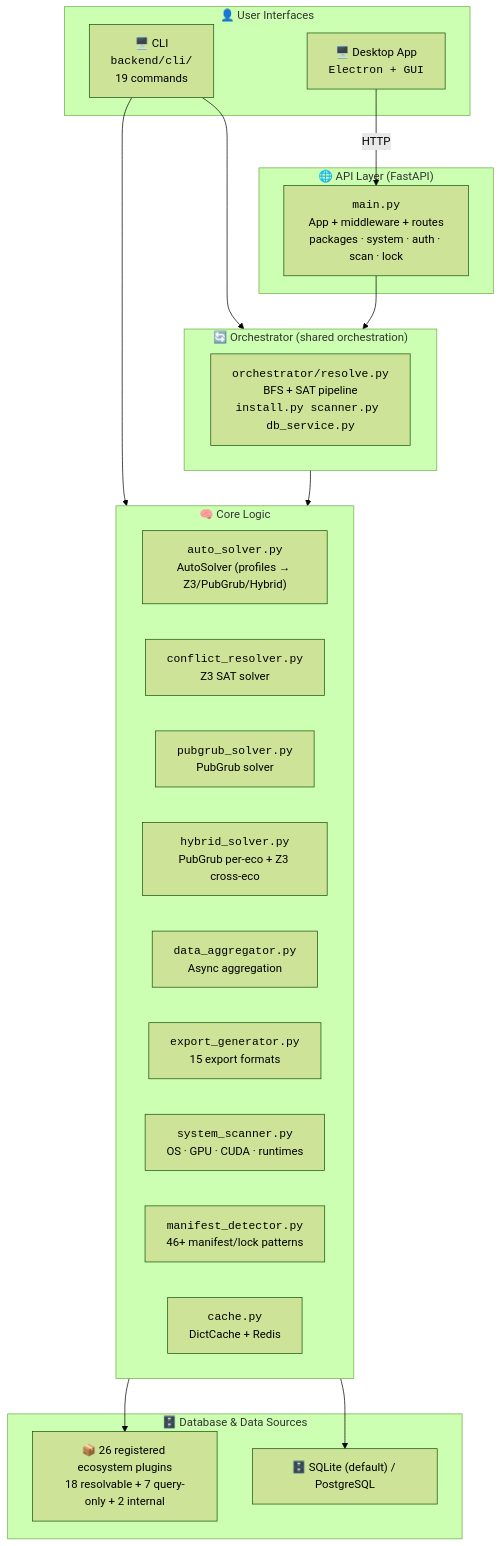
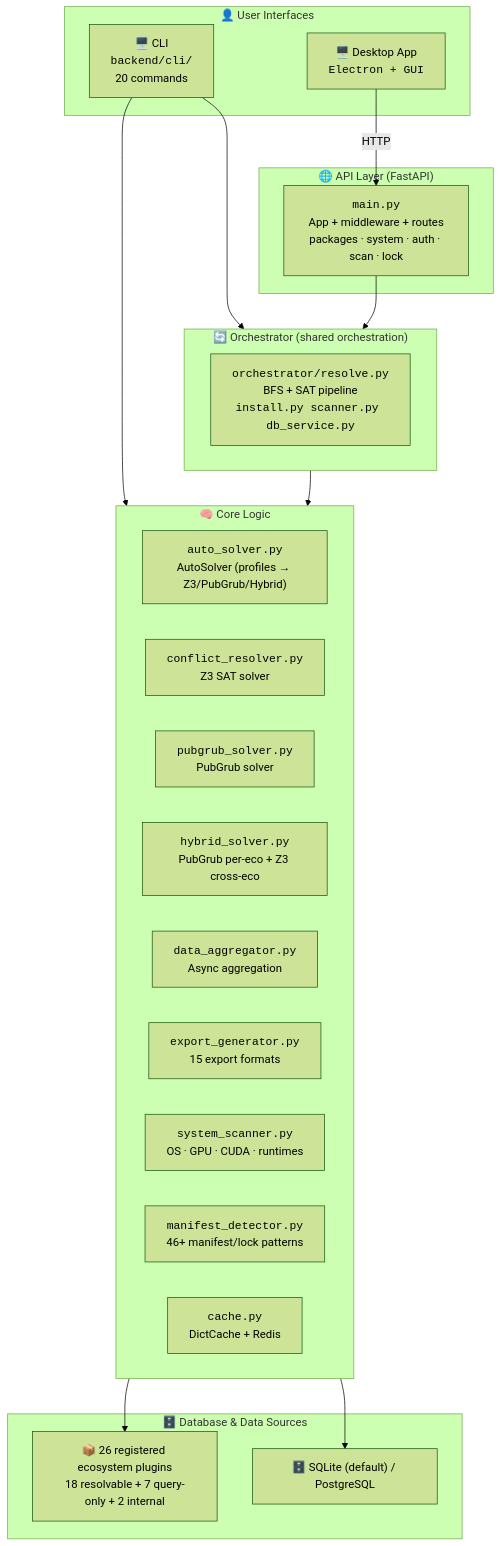
Before and after one commit to code-with-zeeshan/universal-dependency-resolver: the second of 2 diagrams in docs/USER_GUIDE.md, drawn with Mermaid (forest theme). The commit also changed other lines of this file and 67 other files, not shown here.

````diff
--- a/docs/USER_GUIDE.md
+++ b/docs/USER_GUIDE.md
@@ -186,40 +186,40 @@
 ```mermaid
 graph TB
     subgraph UserLayer["👤 User Interfaces"]
-        CLI["🖥️ CLI<br/><code>backend/cli/</code><br/>19 commands"]
+        CLI["🖥️ CLI<br/><code>backend/cli/</code><br/>20 commands"]
         DESKTOP["🖥️ Desktop App<br/><code>Electron + GUI</code>"]
     end
 
     subgraph OrchestratorLayer["🔄 Orchestrator (shared orchestration)"]
         ORCH["<code>orchestrator/resolve.py</code><br/>BFS + SAT pipeline<br/><code>install.py scanner.py db_service.py</code>"]
     end
 
     subgraph APILayer["🌐 API Layer (FastAPI)"]
         API["<code>main.py</code><br/>App + middleware + routes<br/>packages · system · auth · scan · lock"]
     end
 
     subgraph CoreLayer["🧠 Core Logic"]
         AS["<code>auto_solver.py</code><br/>AutoSolver (profiles → Z3/PubGrub/Hybrid)"]
         CR["<code>conflict_resolver.py</code><br/>Z3 SAT solver"]
         PG["<code>pubgrub_solver.py</code><br/>PubGrub solver"]
         HY["<code>hybrid_solver.py</code><br/>PubGrub per-eco + Z3 cross-eco"]
         DA["<code>data_aggregator.py</code><br/>Async aggregation"]
         EG["<code>export_generator.py</code><br/>15 export formats"]
         SS["<code>system_scanner.py</code><br/>OS · GPU · CUDA · runtimes"]
         MD["<code>manifest_detector.py</code><br/>46+ manifest/lock patterns"]
         CACHE["<code>cache.py</code><br/>DictCache + Redis"]
     end
 
     subgraph DBLayer["🗄️ Database & Data Sources"]
         DS["📦 26 registered ecosystem plugins<br/>18 resolvable + 7 query-only + 2 internal"]
         DB["🗄️ SQLite (default) / PostgreSQL"]
     end
 
     CLI --> OrchestratorLayer
     CLI --> CoreLayer
     DESKTOP -->|"HTTP"| API
     API --> OrchestratorLayer
     OrchestratorLayer --> CoreLayer
     CoreLayer --> DS
     CoreLayer --> DB
 ```
````
